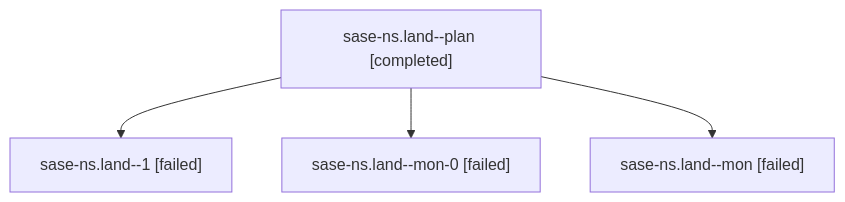
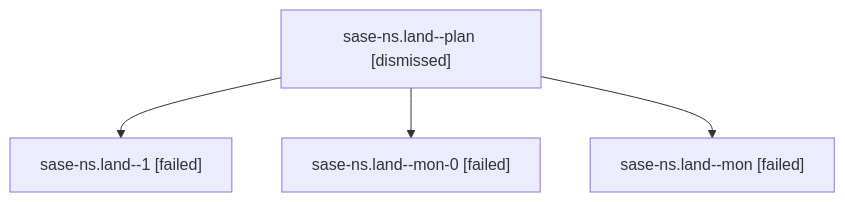
One commit to sase-org/sase--agents changed the diagram in families/bbugyi200.athena.sase-ns.land.md. Above: the diagram before and after it, drawn with Mermaid. The commit also changed other lines of this file and 200 other files, not shown here.

````diff
--- a/families/bbugyi200.athena.sase-ns.land.md
+++ b/families/bbugyi200.athena.sase-ns.land.md
@@ -9,10 +9,10 @@
 ```mermaid
 flowchart TD
-  n0["sase-ns.land--plan [completed]"]
+  n0["sase-ns.land--plan [dismissed]"]
   n1["sase-ns.land--1 [failed]"]
   n0 --> n1
   n2["sase-ns.land--mon-0 [failed]"]
   n0 --> n2
   n3["sase-ns.land--mon [failed]"]
   n0 --> n3
 ```
````
